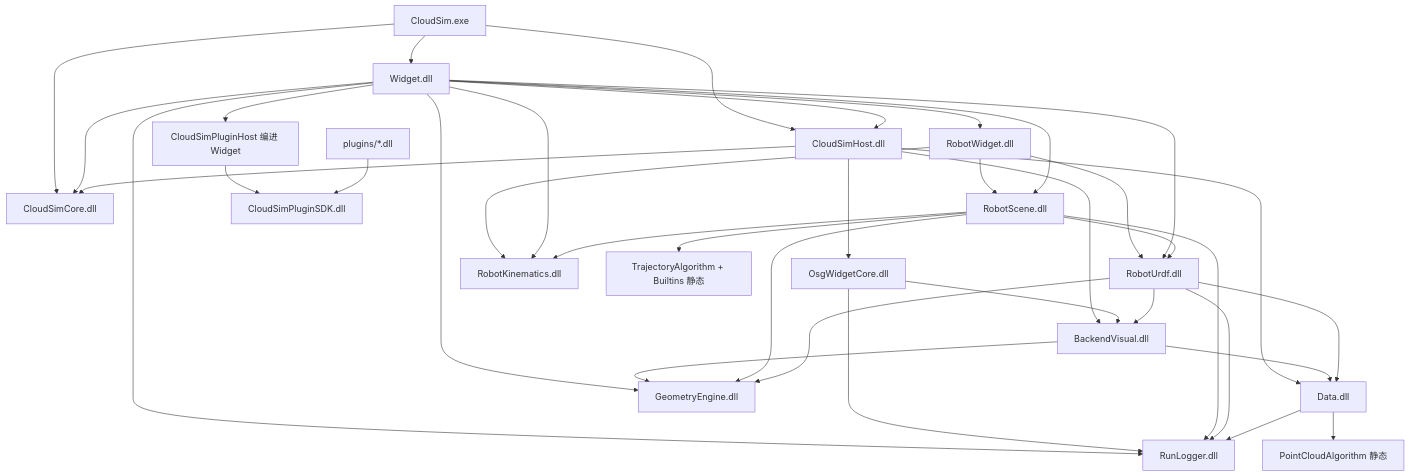
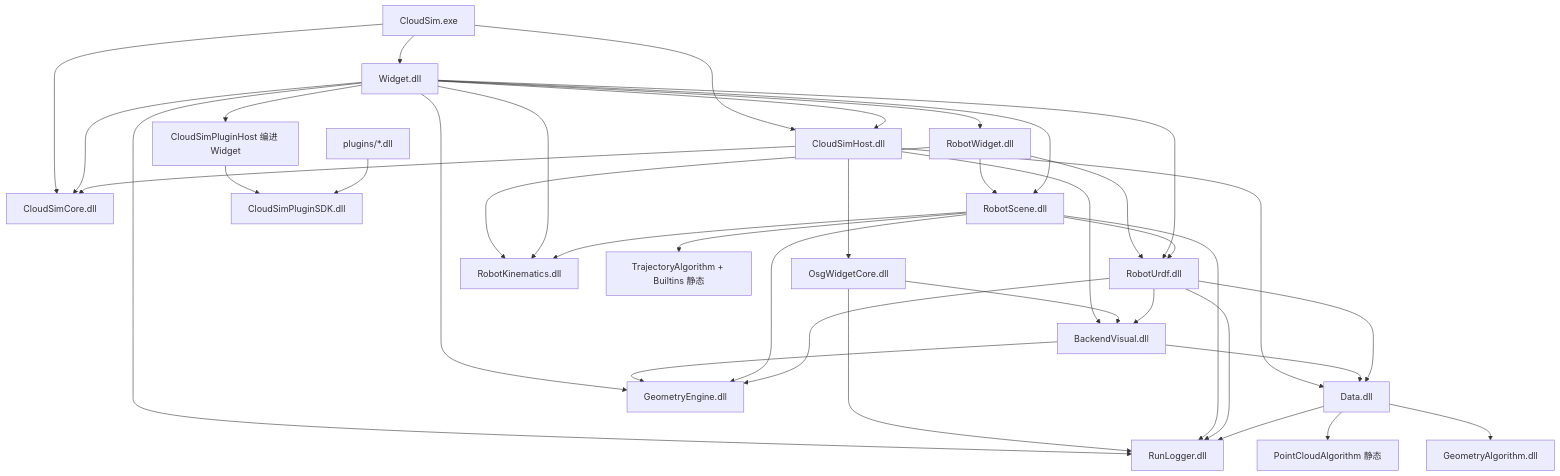
One commit to sanmunejdn/CloudSim changed the diagram in docs/MODULE_DEVELOPER_GUIDES.md. Above: the diagram before and after it, drawn with Mermaid. The commit also changed other lines of this file and 178 other files, not shown here.

````diff
--- a/docs/MODULE_DEVELOPER_GUIDES.md
+++ b/docs/MODULE_DEVELOPER_GUIDES.md
@@ -32,38 +33,39 @@
 ```mermaid
 flowchart TB
   EXE[CloudSim.exe] --> W[Widget.dll]
   EXE --> H[CloudSimHost.dll]
   EXE --> C[CloudSimCore.dll]
   W --> H
   W --> C
   H --> C
   H --> O[OsgWidgetCore.dll]
   H --> BV[BackendVisual.dll]
   H --> D[Data.dll]
   W --> RW[RobotWidget.dll]
   RW --> RS[RobotScene.dll]
   RW --> RU[RobotUrdf.dll]
   RW --> RK[RobotKinematics.dll]
   W --> RS
   W --> RU
   W --> RK
   W --> GE[GeometryEngine.dll]
   W --> RL[RunLogger.dll]
   W --> PH[CloudSimPluginHost 编进 Widget]
   PH --> SDK[CloudSimPluginSDK.dll]
   PLG[plugins/*.dll] --> SDK
   O --> BV
   BV --> D
   O --> RL
   BV --> GE
   RS --> GE
   RS --> TA[TrajectoryAlgorithm + Builtins 静态]
   RS --> RU --> D
   RS --> RK
   RS --> RL
   RU --> BV
   RU --> GE
   RU --> RL
   D --> RL
   D --> PCA[PointCloudAlgorithm 静态]
+  D --> GA[GeometryAlgorithm.dll]
 ```
````
